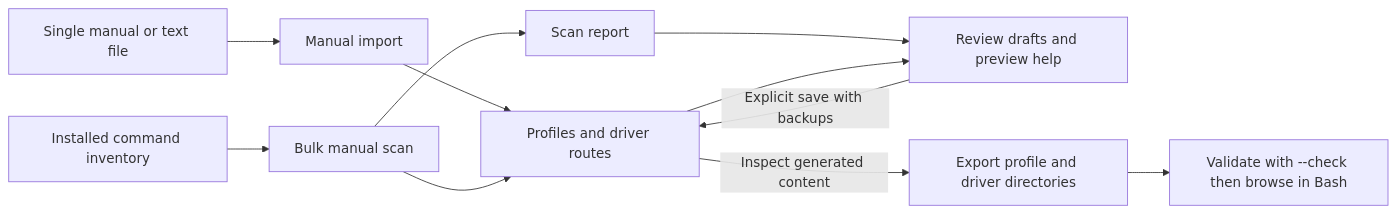
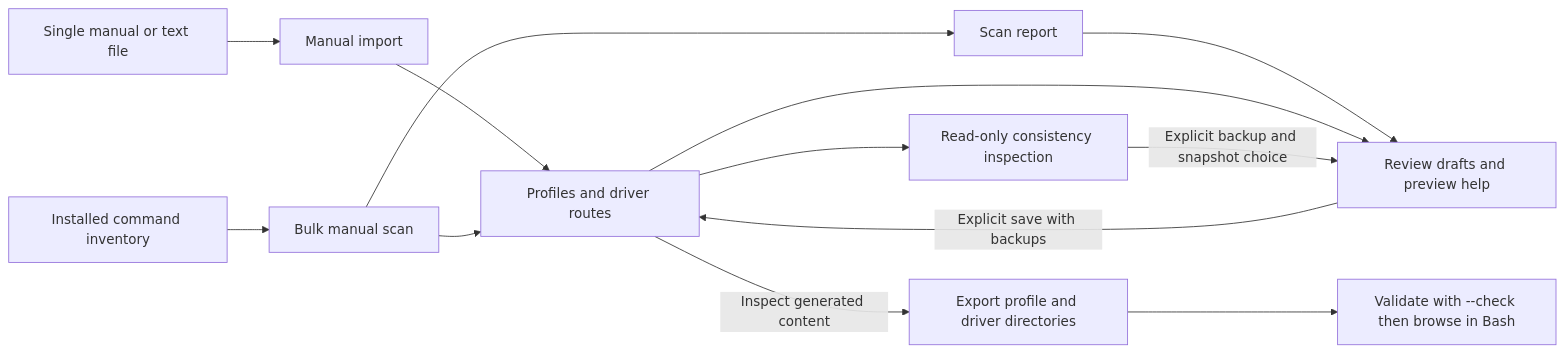
One commit to Usrnmna/CLI-InteractiveHelpMenu changed the diagram in docs/README.md. Above: the diagram before and after it, drawn with Mermaid. The commit also changed other lines of this file and 41 other files, not shown here.

````diff
--- a/docs/README.md
+++ b/docs/README.md
@@ -38,13 +40,15 @@
 ```mermaid
 flowchart LR
     M[Single manual or text file] --> I[Manual import]
     C[Installed command inventory] --> S[Bulk manual scan]
     I --> P[Profiles and driver routes]
     S --> P
     S --> R[Scan report]
     R --> V[Review drafts and preview help]
     P --> V
     V -->|Explicit save with backups| P
+    P --> Ck[Read-only consistency inspection]
+    Ck -->|Explicit backup and snapshot choice| V
     P -->|Inspect generated content| A[Export profile and driver directories]
     A --> K[Validate with --check then browse in Bash]
 ```
````
